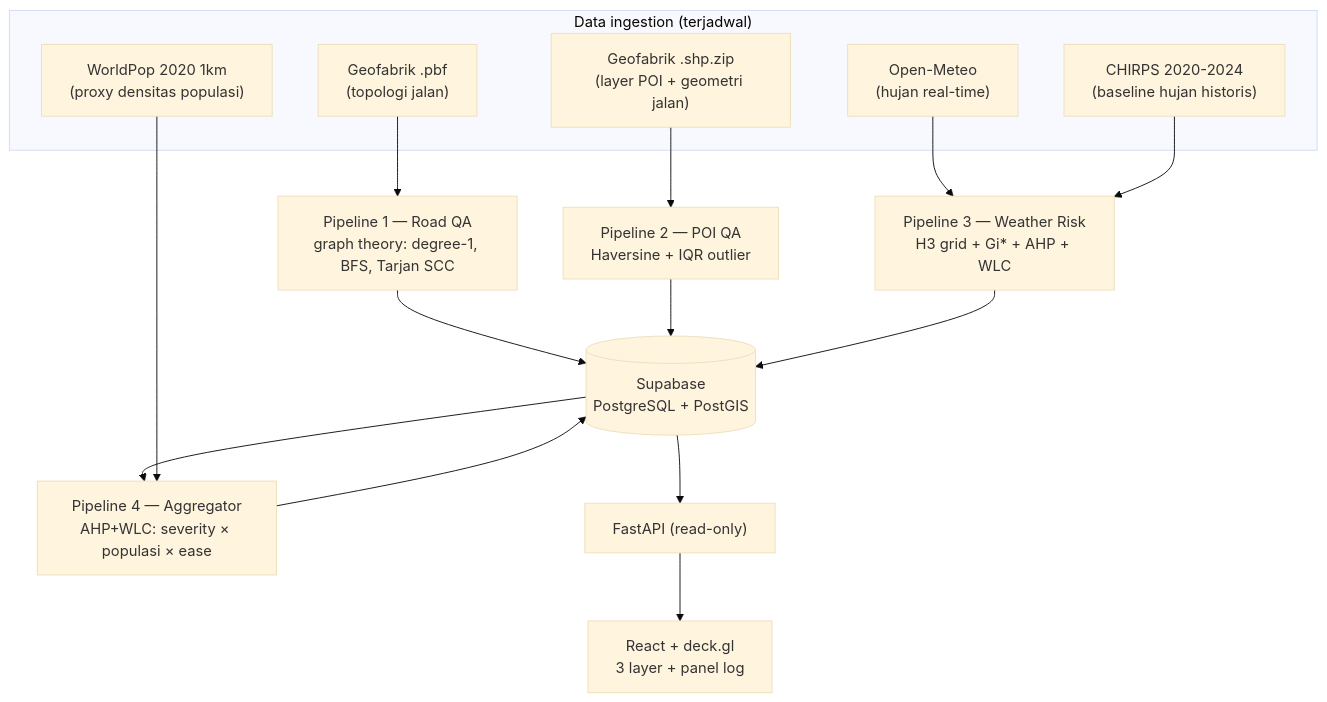
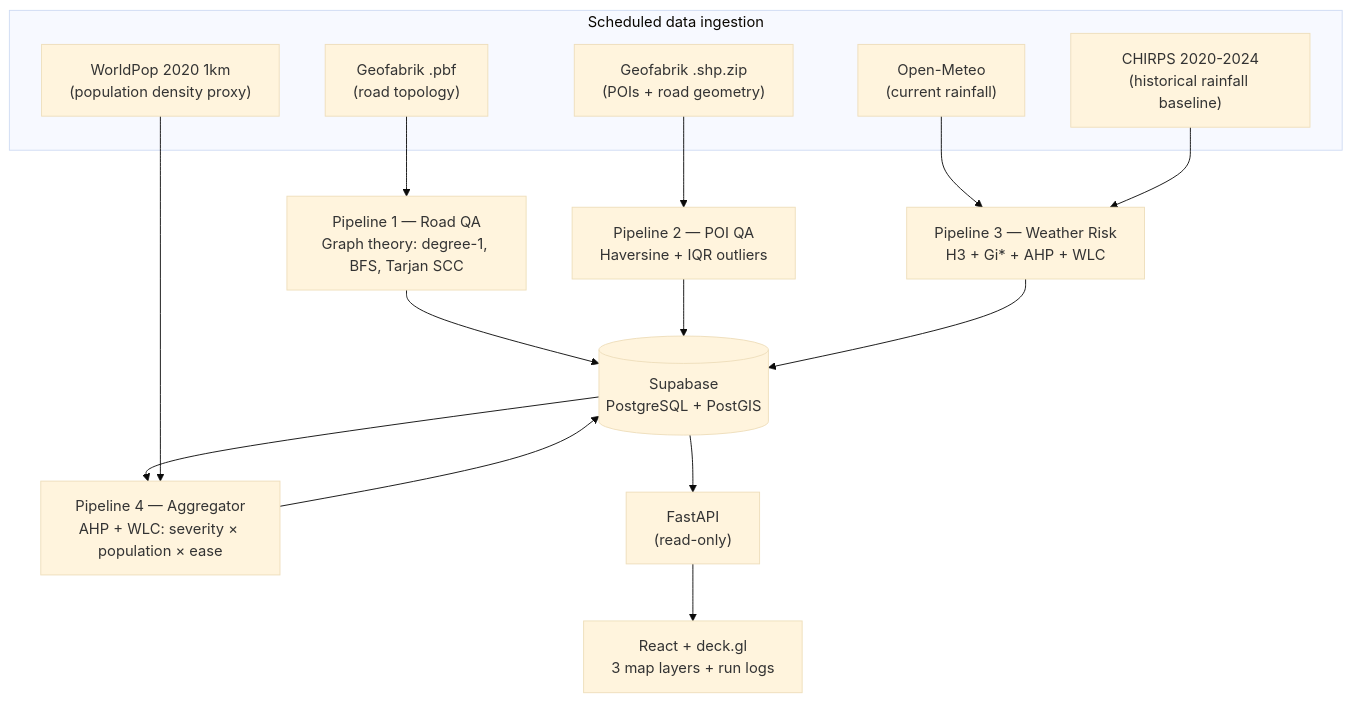
One commit to nandaisnanda/geologix changed the diagram in README.md. Above: the diagram before and after it, drawn with Mermaid (base theme). The commit also changed other lines of this file, not shown here.

First line of the commit message:
Revise README for project overview and pipeline details

````diff
--- a/README.md
+++ b/README.md
@@ -43,23 +35,23 @@
 ```mermaid
 flowchart TD
-    subgraph Ingestion["Data ingestion (terjadwal)"]
-        OSM["Geofabrik .pbf<br/>(topologi jalan)"]
-        SHP["Geofabrik .shp.zip<br/>(layer POI + geometri jalan)"]
-        OM["Open-Meteo<br/>(hujan real-time)"]
-        CH["CHIRPS 2020-2024<br/>(baseline hujan historis)"]
-        WP["WorldPop 2020 1km<br/>(proxy densitas populasi)"]
+    subgraph Ingestion["Scheduled data ingestion"]
+        OSM["Geofabrik .pbf<br/>(road topology)"]
+        SHP["Geofabrik .shp.zip<br/>(POIs + road geometry)"]
+        OM["Open-Meteo<br/>(current rainfall)"]
+        CH["CHIRPS 2020-2024<br/>(historical rainfall baseline)"]
+        WP["WorldPop 2020 1km<br/>(population density proxy)"]
     end
 
-    OSM --> P1["Pipeline 1 — Road QA<br/>graph theory: degree-1, BFS, Tarjan SCC"]
-    SHP --> P2["Pipeline 2 — POI QA<br/>Haversine + IQR outlier"]
-    OM --> P3["Pipeline 3 — Weather Risk<br/>H3 grid + Gi* + AHP + WLC"]
+    OSM --> P1["Pipeline 1 — Road QA<br/>Graph theory: degree-1, BFS, Tarjan SCC"]
+    SHP --> P2["Pipeline 2 — POI QA<br/>Haversine + IQR outliers"]
+    OM --> P3["Pipeline 3 — Weather Risk<br/>H3 + Gi* + AHP + WLC"]
     CH --> P3
     P1 --> DB[("Supabase<br/>PostgreSQL + PostGIS")]
     P2 --> DB
     P3 --> DB
-    DB --> P4["Pipeline 4 — Aggregator<br/>AHP+WLC: severity × populasi × ease"]
+    DB --> P4["Pipeline 4 — Aggregator<br/>AHP + WLC: severity × population × ease"]
     WP --> P4
     P4 --> DB
-    DB --> API["FastAPI (read-only)"]
-    API --> FE["React + deck.gl<br/>3 layer + panel log"]
+    DB --> API["FastAPI<br/>(read-only)"]
+    API --> FE["React + deck.gl<br/>3 map layers + run logs"]
 ```
````
